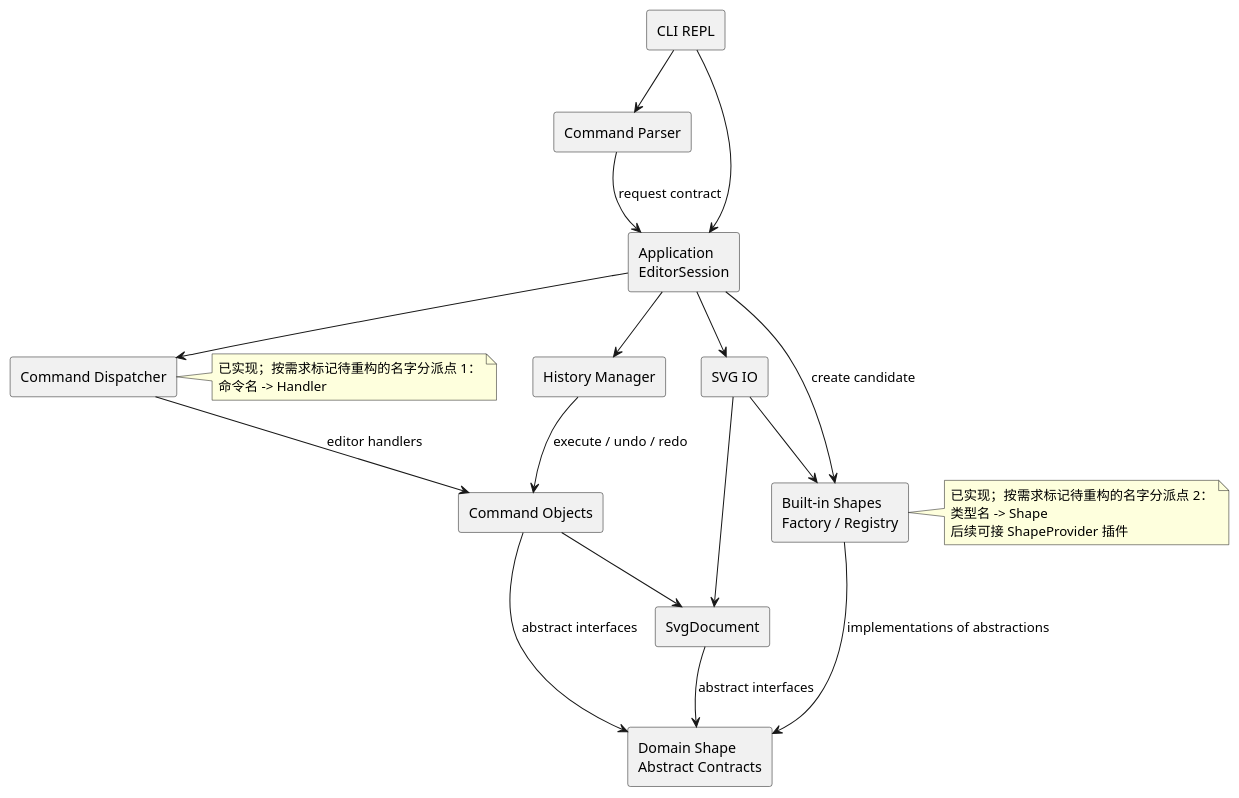
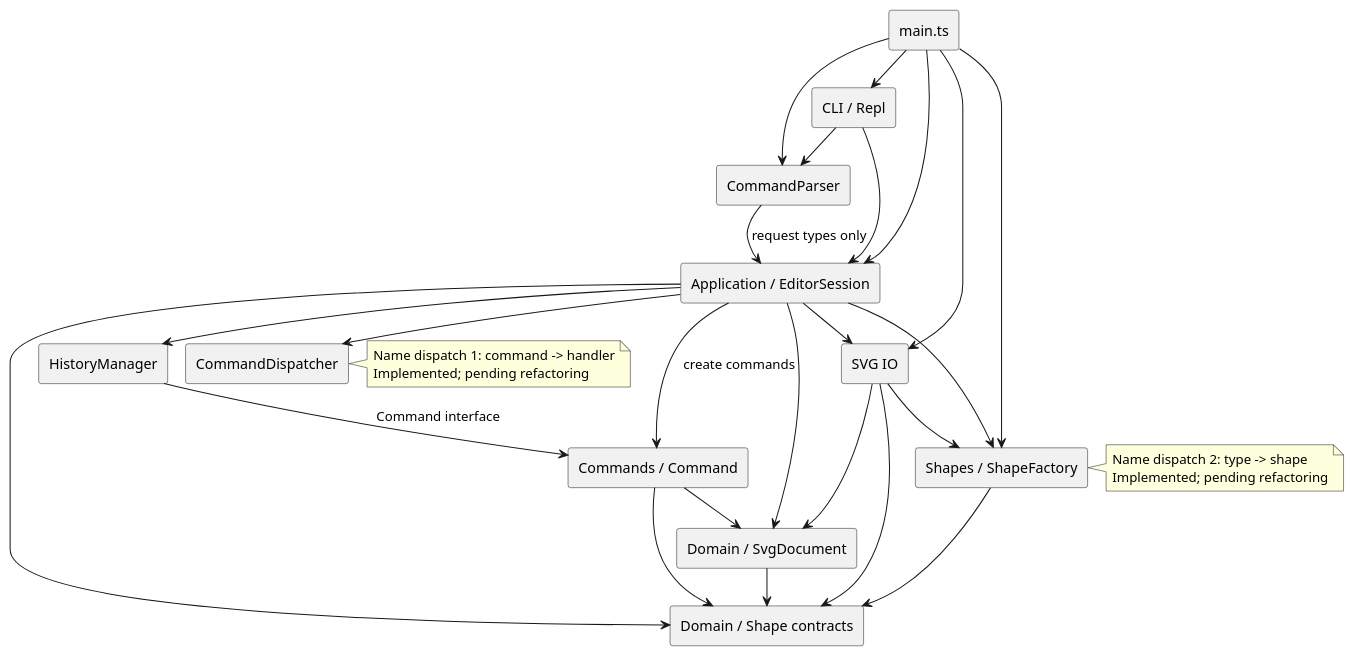
One commit to Mengyzh-2003/SVG-cli changed the diagram in doc/README.md. Above: the diagram before and after it, drawn with PlantUML. The commit also changed other lines of this file and 3 other files, not shown here.

````diff
--- a/doc/README.md
+++ b/doc/README.md
@@ -92,43 +35,49 @@
 ```plantuml
 @startuml
+!pragma layout smetana
 skinparam componentStyle rectangle
-
-component "CLI REPL" as cli
-component "Command Parser" as parser
-component "Application\nEditorSession" as app
-component "Command Dispatcher" as dispatcher
-component "History Manager" as history
-component "Command Objects" as commands
+top to bottom direction
+component "main.ts" as main
+component "CLI / Repl" as cli
+component "CommandParser" as parser
+component "Application / EditorSession" as app
+component "CommandDispatcher" as dispatcher
+component "HistoryManager" as history
+component "Commands / Command" as commands
 component "SVG IO" as io
-component "Built-in Shapes\nFactory / Registry" as factory
-component "SvgDocument" as document
-component "Domain Shape\nAbstract Contracts" as shapes
-
+component "Shapes / ShapeFactory" as factory
+component "Domain / SvgDocument" as document
+component "Domain / Shape contracts" as shapes
+main --> cli
+main --> parser
+main --> app
+main --> factory
+main --> io
 cli --> parser
 cli --> app
-parser --> app : request contract
+parser --> app : request types only
 app --> dispatcher
 app --> history
-app --> factory : create candidate
-dispatcher --> commands : editor handlers
-history --> commands : execute / undo / redo
+app --> commands : create commands
+app --> factory
+app --> io
+app --> document
+app --> shapes
+history --> commands : Command interface
 commands --> document
-commands --> shapes : abstract interfaces
-document --> shapes : abstract interfaces
-app --> io
+commands --> shapes
 io --> factory
-factory --> shapes : implementations of abstractions
 io --> document
-
+io --> shapes
+factory --> shapes
+document --> shapes
 note right of dispatcher
-已实现；按需求标记待重构的名字分派点 1：
-命令名 -> Handler
+  Name dispatch 1: command -> handler
+  Implemented; pending refactoring
 end note
-
 note right of factory
-已实现；按需求标记待重构的名字分派点 2：
-类型名 -> Shape
-后续可接 ShapeProvider 插件
+  Name dispatch 2: type -> shape
+  Implemented; pending refactoring
 end note
 @enduml
 ```
````
